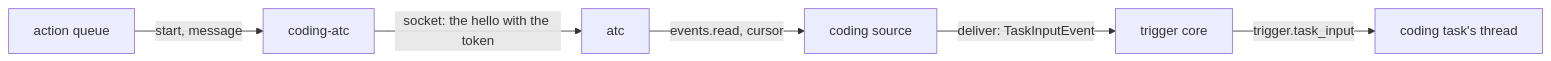
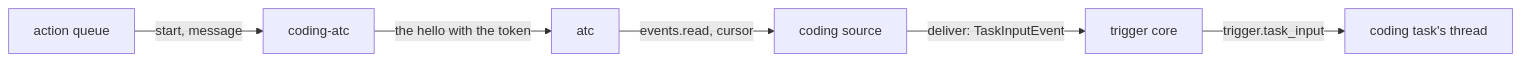
The diagram in docs/design/queue/coding-session-runner/atc.md (zgeoff/nixie), drawn with Mermaid before and after one commit. The commit also changed other lines of this file and 4 other files, not shown here.

````diff
--- a/docs/design/queue/coding-session-runner/atc.md
+++ b/docs/design/queue/coding-session-runner/atc.md
@@ -19,8 +19,8 @@
 ```mermaid
 flowchart LR
   queue[action queue] -->|"start, message"| adapter[coding-atc]
-  adapter -->|"socket: the hello with the token"| atc[atc]
+  adapter -->|"the hello with the token"| atc[atc]
   atc -->|"events.read, cursor"| source[coding source]
   source -->|"deliver: TaskInputEvent"| core[trigger core]
   core -->|"trigger.task_input"| thread[coding task's thread]
 ```
````
